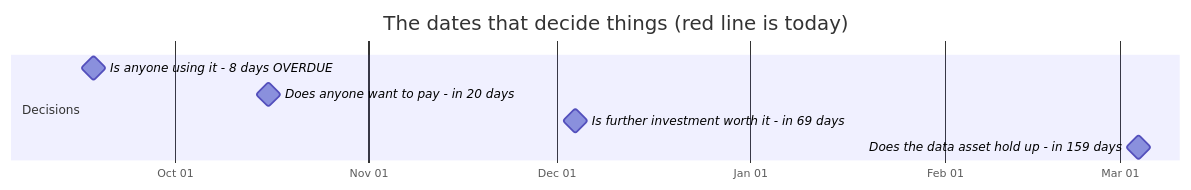
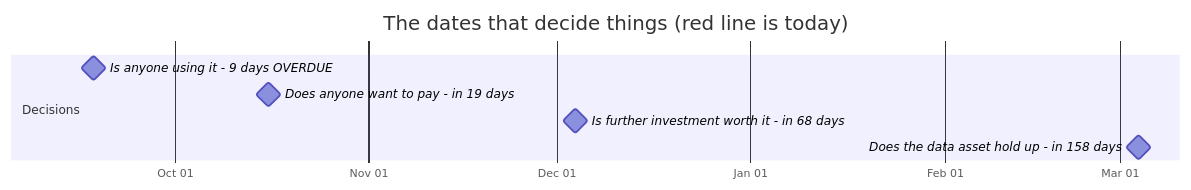
One commit to jakegu1/vetagent changed the first of 2 diagrams in docs/OWNER.md. Above: the diagram before and after it, drawn with Mermaid. The commit also changed other lines of this file and 1 other file, not shown here.

````diff
--- a/docs/OWNER.md
+++ b/docs/OWNER.md
@@ -75,12 +75,12 @@
 ```mermaid
 gantt
     dateFormat YYYY-MM-DD
     axisFormat %b %d
     todayMarker stroke-width:3px,stroke:#d33,stroke-dasharray:0
     title The dates that decide things (red line is today)
     section Decisions
-    Is anyone using it - 8 days OVERDUE :milestone, 2026-09-18, 0d
-    Does anyone want to pay - in 20 days :milestone, 2026-10-16, 0d
-    Is further investment worth it - in 69 days :milestone, 2026-12-04, 0d
-    Does the data asset hold up - in 159 days :milestone, 2027-03-04, 0d
+    Is anyone using it - 9 days OVERDUE :milestone, 2026-09-18, 0d
+    Does anyone want to pay - in 19 days :milestone, 2026-10-16, 0d
+    Is further investment worth it - in 68 days :milestone, 2026-12-04, 0d
+    Does the data asset hold up - in 158 days :milestone, 2027-03-04, 0d
 ```
````
